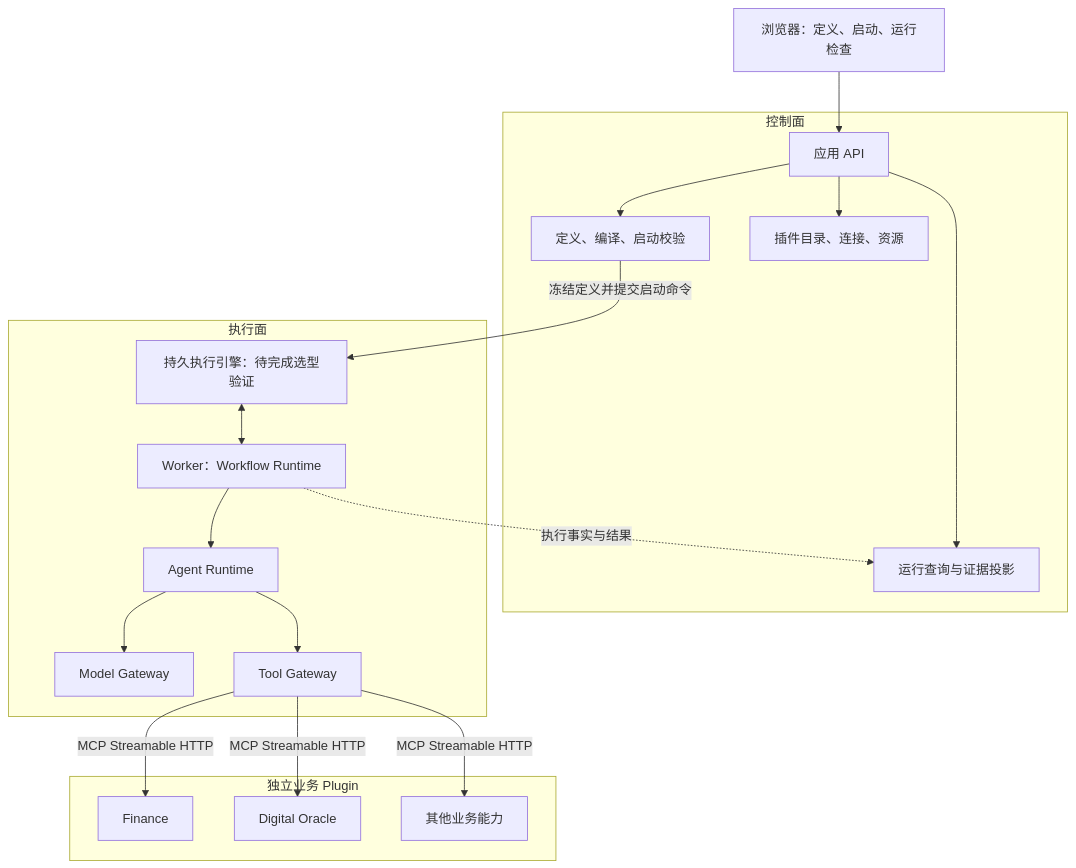
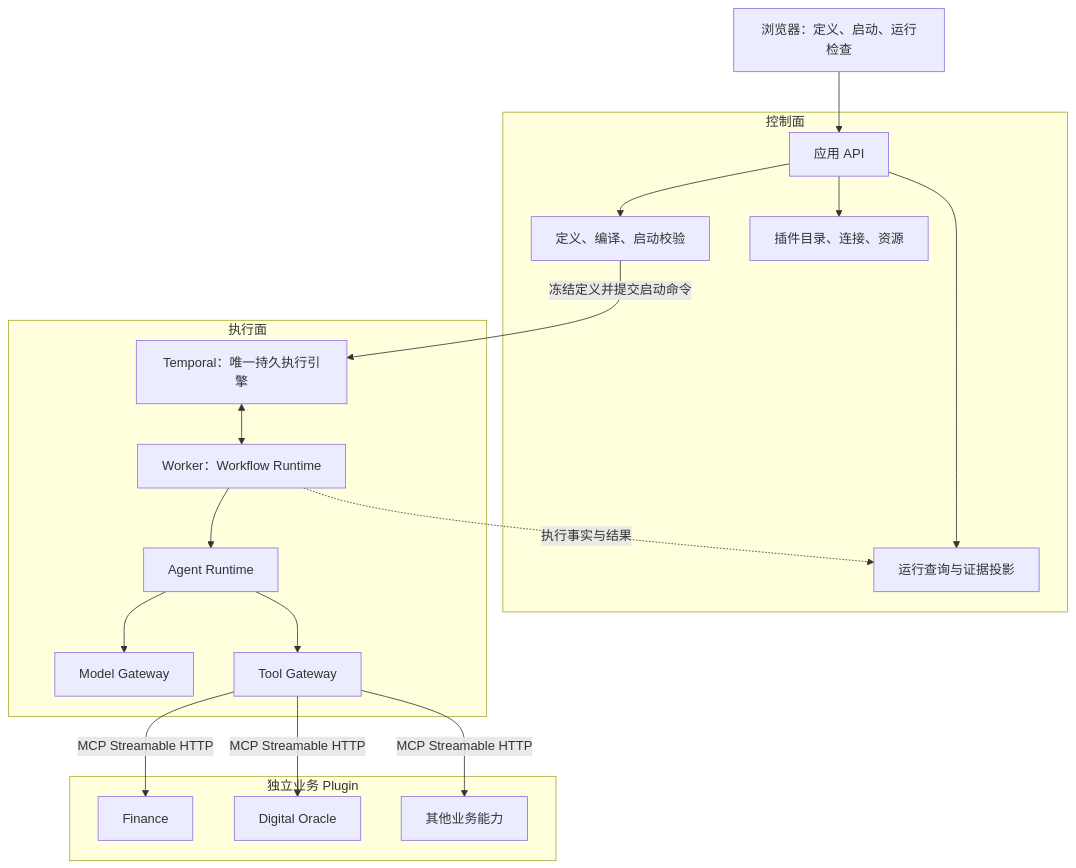
The first of 2 diagrams in docs/迭代目标.md (coachpo/signaldeck), drawn with Mermaid before and after one commit. The commit also changed other lines of this file and 4 other files, not shown here.

````diff
--- a/docs/迭代目标.md
+++ b/docs/迭代目标.md
@@ -15,35 +15,35 @@
 ```mermaid
 flowchart TB
     UI[浏览器：定义、启动、运行检查]
     subgraph Control[控制面]
         API[应用 API]
         Definition[定义、编译、启动校验]
         Catalog[插件目录、连接、资源]
         Read[运行查询与证据投影]
     end
     subgraph Execution[执行面]
-        Engine[持久执行引擎：待完成选型验证]
+        Engine[Temporal：唯一持久执行引擎]
         Runtime[Worker：Workflow Runtime]
         Agent[Agent Runtime]
         Model[Model Gateway]
         Tool[Tool Gateway]
     end
     subgraph Plugins[独立业务 Plugin]
         Finance[Finance]
         Oracle[Digital Oracle]
         Other[其他业务能力]
     end
     UI --> API
     API --> Definition
     API --> Catalog
     API --> Read
     Definition -->|冻结定义并提交启动命令| Engine
     Engine <--> Runtime
     Runtime --> Agent
     Agent --> Model
     Agent --> Tool
     Tool -->|MCP Streamable HTTP| Finance
     Tool -->|MCP Streamable HTTP| Oracle
     Tool -->|MCP Streamable HTTP| Other
     Runtime -.->|执行事实与结果| Read
 ```
````
